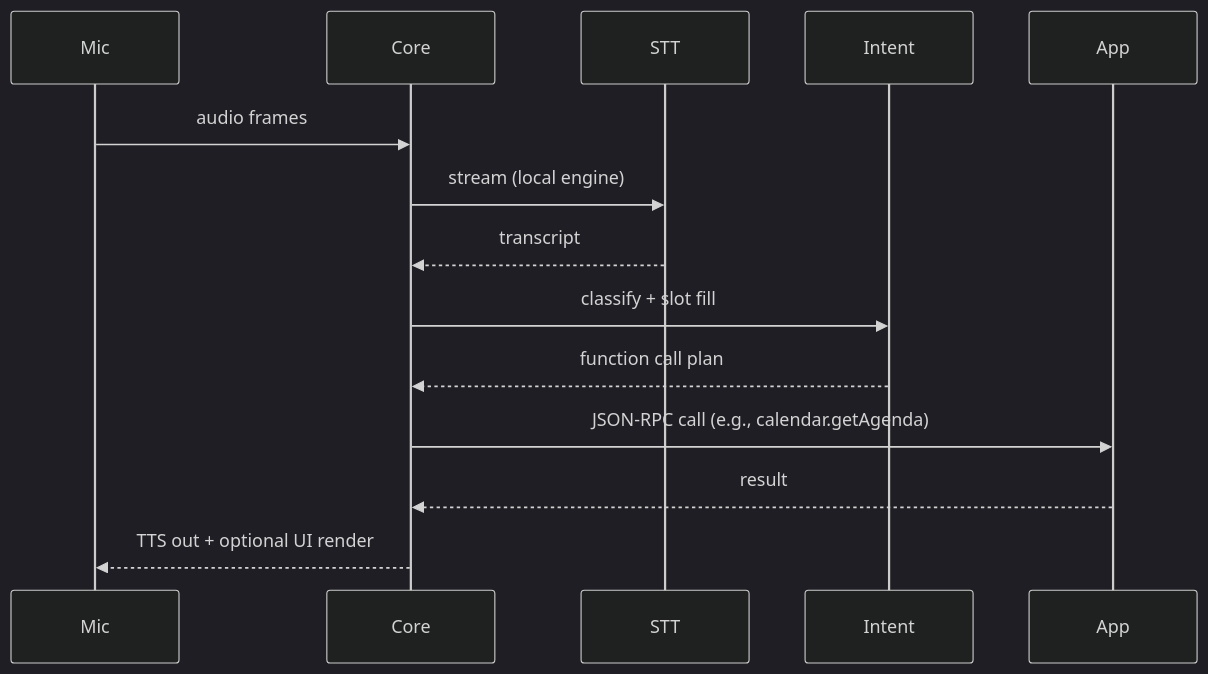
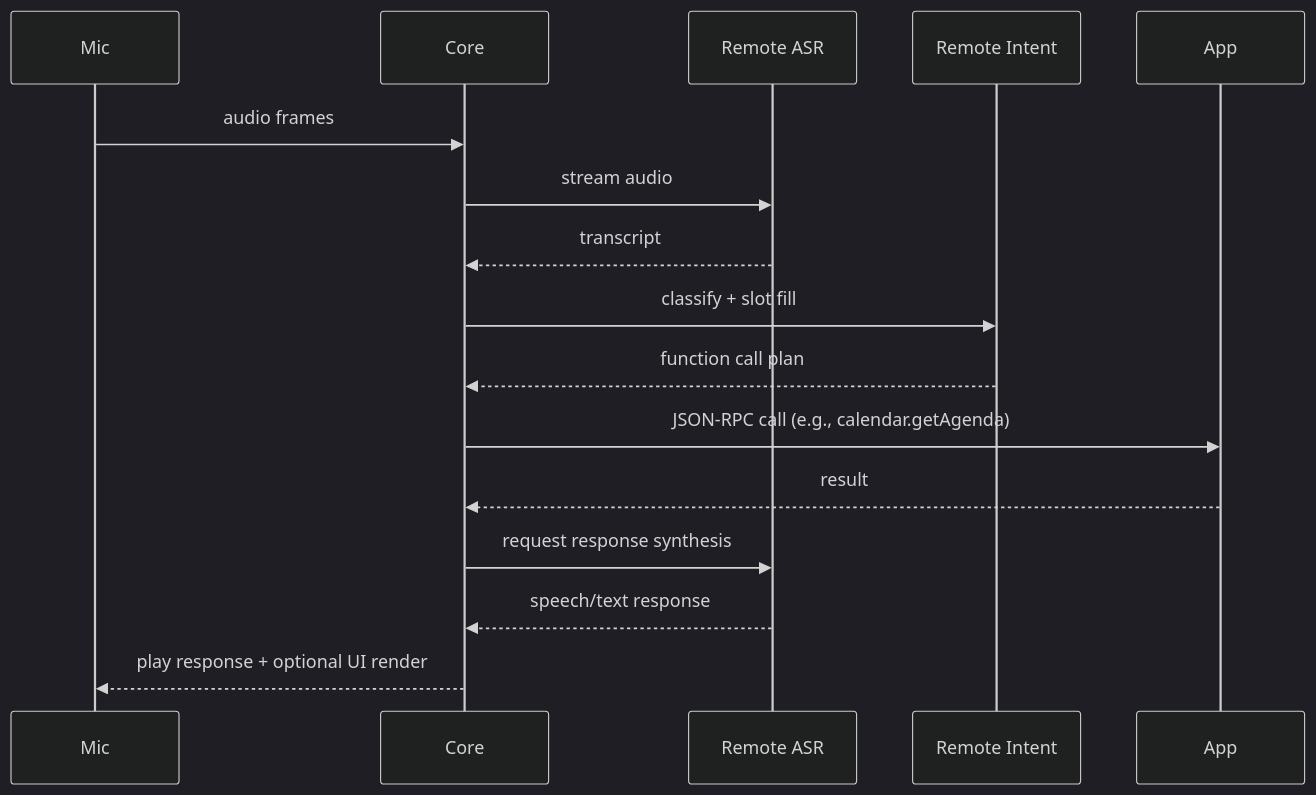
Before and after one commit to Companion-TheCube/Companion-TheCube.github.io: the third of 3 diagrams in core/architecture.md, drawn with Mermaid. The commit also changed other lines of this file and 3 other files, not shown here.

Commit message:
feat: update architecture and event bus documentation to reflect remote audio processing and transcription changes

````diff
--- a/core/architecture.md
+++ b/core/architecture.md
@@ -237,18 +237,20 @@
 ```mermaid
 %%{init: {'theme': 'dark', 'themeVariables': { 'fontSize': '18px', 'fontFamily': 'monospace' }}}%%
 sequenceDiagram
   participant Mic
   participant Core
-  participant STT
-  participant Intent
+    participant RemoteASR as Remote ASR
+    participant RemoteIntent as Remote Intent
   participant App
 
   Mic->>Core: audio frames
-  Core->>STT: stream (local engine)
-  STT-->>Core: transcript
-  Core->>Intent: classify + slot fill
-  Intent-->>Core: function call plan
+    Core->>RemoteASR: stream audio
+    RemoteASR-->>Core: transcript
+    Core->>RemoteIntent: classify + slot fill
+    RemoteIntent-->>Core: function call plan
   Core->>App: JSON‑RPC call (e.g., calendar.getAgenda)
   App-->>Core: result
-  Core-->>Mic: TTS out + optional UI render
+    Core->>RemoteASR: request response synthesis
+    RemoteASR-->>Core: speech/text response
+    Core-->>Mic: play response + optional UI render
 ```
````
